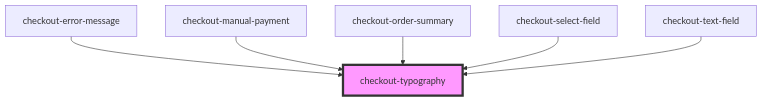
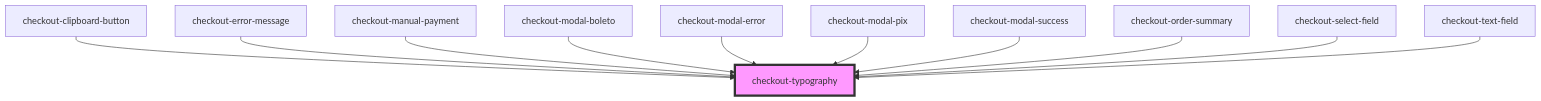
The diagram in packages/common/src/components/checkout-typography/readme.md (plughacker/malga-checkout), drawn with Mermaid before and after one commit. The commit also changed other lines of this file and 11 other files, not shown here.

````diff
--- a/packages/common/src/components/checkout-typography/readme.md
+++ b/packages/common/src/components/checkout-typography/readme.md
@@ -29,9 +34,14 @@
 ```mermaid
 graph TD;
+  checkout-clipboard-button --> checkout-typography
   checkout-error-message --> checkout-typography
   checkout-manual-payment --> checkout-typography
+  checkout-modal-boleto --> checkout-typography
+  checkout-modal-error --> checkout-typography
+  checkout-modal-pix --> checkout-typography
+  checkout-modal-success --> checkout-typography
   checkout-order-summary --> checkout-typography
   checkout-select-field --> checkout-typography
   checkout-text-field --> checkout-typography
   style checkout-typography fill:#f9f,stroke:#333,stroke-width:4px
 ```
````
